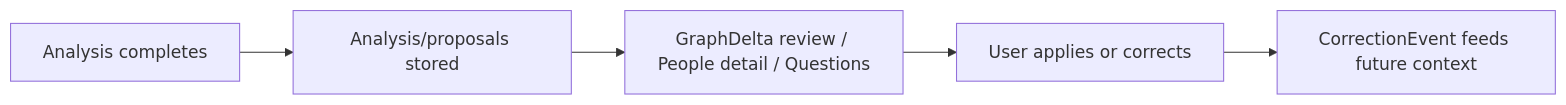
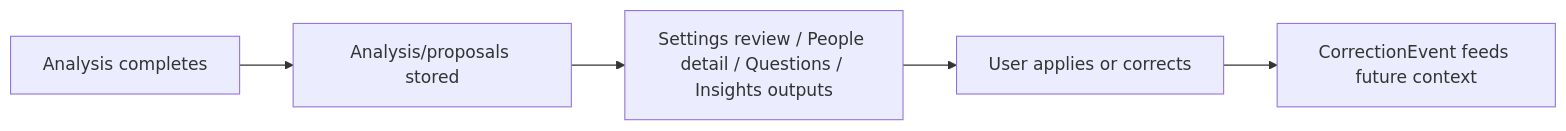
One commit to daaihang/sprout changed the fifth of 5 diagrams in docs/mory_system_handbook/02_user_journeys/README.md. Above: the diagram before and after it, drawn with Mermaid. The commit also changed other lines of this file and 20 other files, not shown here.

````diff
--- a/docs/mory_system_handbook/02_user_journeys/README.md
+++ b/docs/mory_system_handbook/02_user_journeys/README.md
@@ -60,7 +60,7 @@
 ```mermaid
 flowchart LR
     A["Analysis completes"] --> B["Analysis/proposals stored"]
-    B --> C["GraphDelta review / People detail / Questions"]
+    B --> C["Settings review / People detail / Questions / Insights outputs"]
     C --> D["User applies or corrects"]
     D --> E["CorrectionEvent feeds future context"]
 ```
````
